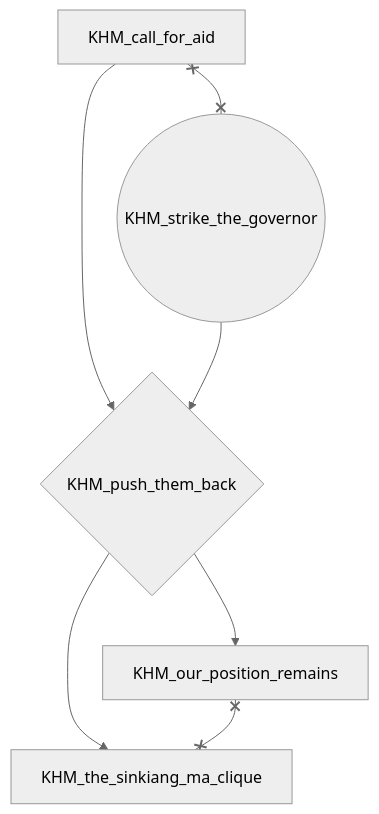
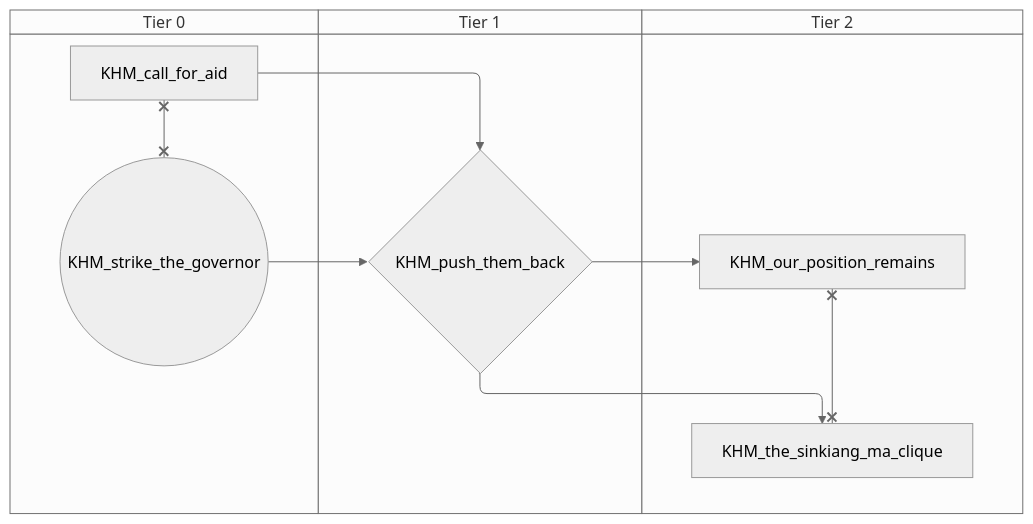
One commit to evgeny-sobol/hoi4-sandbox-mode-r56 changed the eighth of 8 diagrams in docs/gdd/National Focuses/china_warlord.md. Above: the diagram before and after it, drawn with Mermaid (neutral theme). The commit also changed other lines of this file and 423 other files, not shown here.

First line of the commit message:
Re-export Rt56 focus trees as swimlane diagrams

````diff
--- a/docs/gdd/National Focuses/china_warlord.md
+++ b/docs/gdd/National Focuses/china_warlord.md
@@ -1254,14 +1358,20 @@
 ```mermaid
-flowchart TD
-    n454["KHM_call_for_aid"]
-    n455["KHM_our_position_remains"]
-    n456{"KHM_push_them_back"}
-    n457(("KHM_strike_the_governor"))
-    n458["KHM_the_sinkiang_ma_clique"]
-    n456 --> n455
+swimlane-beta TD
+    subgraph tier_0["Tier 0"]
+        n454["KHM_call_for_aid"]
+        n455(("KHM_strike_the_governor"))
+    end
+    subgraph tier_1["Tier 1"]
+        n456{"KHM_push_them_back"}
+    end
+    subgraph tier_2["Tier 2"]
+        n457["KHM_our_position_remains"]
+        n458["KHM_the_sinkiang_ma_clique"]
+    end
+    n456 --> n457
     n454 --> n456
-    n457 --> n456
+    n455 --> n456
     n456 --> n458
-    n454 x--x n457
-    n455 x--x n458
+    n454 x--x n455
+    n457 x--x n458
 ```
````
